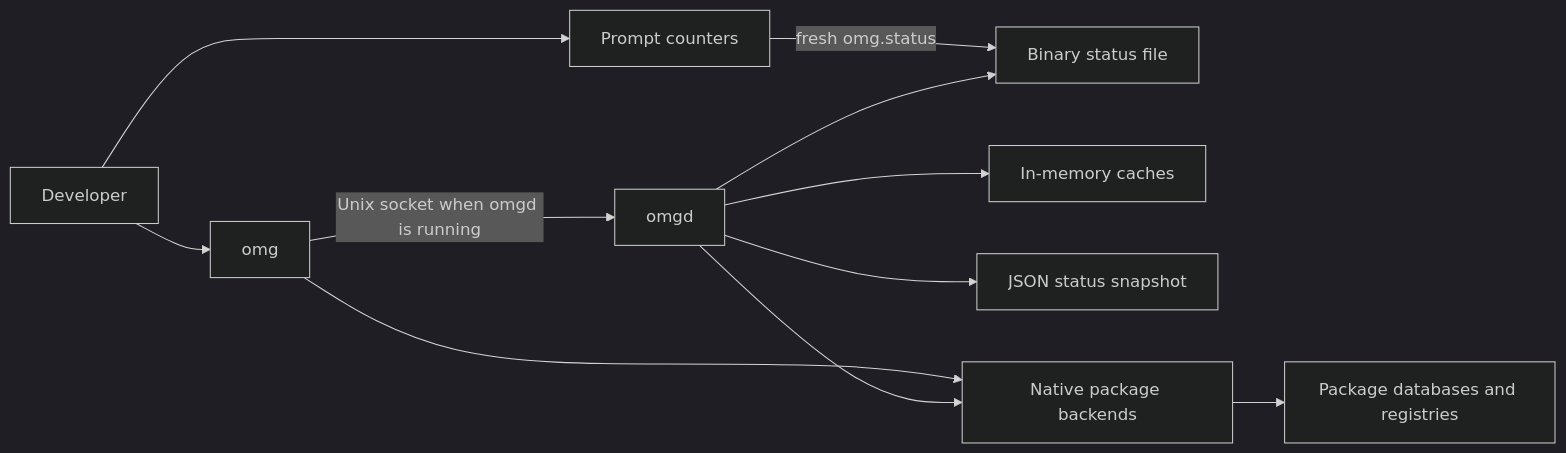
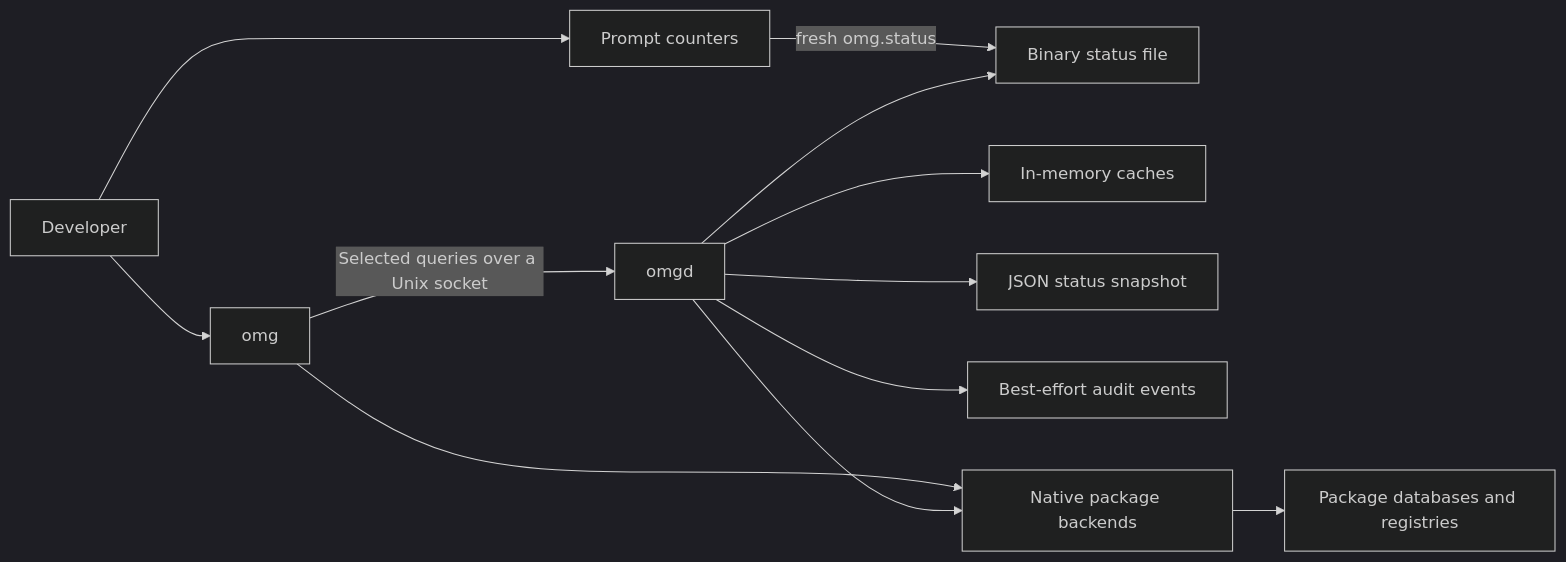
One commit to omg-cli/omg changed the first of 3 diagrams in docs/architecture.md. Above: the diagram before and after it, drawn with Mermaid (dark theme). The commit also changed other lines of this file and 51 other files, not shown here.

````diff
--- a/docs/architecture.md
+++ b/docs/architecture.md
@@ -18,13 +18,14 @@
 ```mermaid
 flowchart LR
     User[Developer] --> CLI[omg]
     User --> Prompt[Prompt counters]
-    CLI -->|Unix socket when omgd is running| Daemon[omgd]
+    CLI -->|Selected queries over a Unix socket| Daemon[omgd]
     Prompt -->|fresh omg.status| Snapshot[Binary status file]
     Daemon --> Snapshot
     Daemon --> Cache[In-memory caches]
     Daemon --> State[JSON status snapshot]
+    Daemon --> Audit[Best-effort audit events]
     CLI --> Backends[Native package backends]
     Daemon --> Backends
     Backends --> OS[Package databases and registries]
 ```
````
